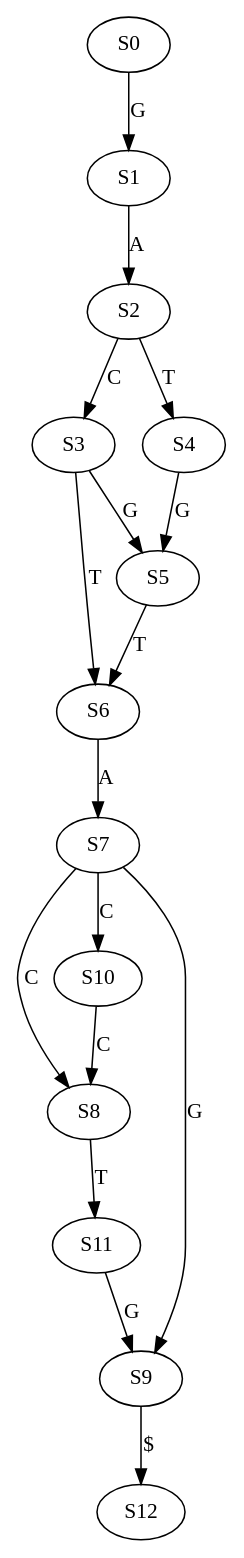
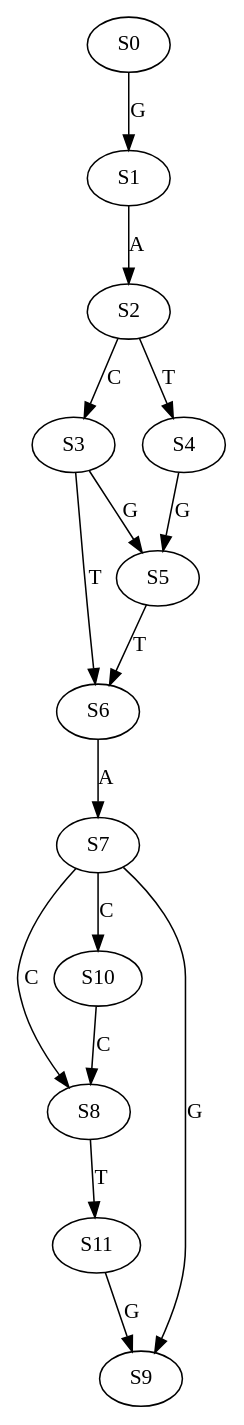
One commit to Kuanhao-Chao/Wheeler_Graph_Toolkit changed the diagram in graph/RevDetGraph/RevDet_a1.dot. Above: the diagram before and after it, drawn with Graphviz. The commit also changed 33 other files, not shown here.

Commit message:
Fix Wheeler graph missing conditions: need to check all edge pairs in both directions

```diff
--- a/graph/RevDetGraph/RevDet_a1.dot
+++ b/graph/RevDetGraph/RevDet_a1.dot
@@ -1,18 +1,17 @@
 strict digraph  {
 	S0 -> S1 [ label = G ];
 	S1 -> S2 [ label = A ];
 	S2 -> S3 [ label = C ];
 	S2 -> S4 [ label = T ];
 	S3 -> S5 [ label = G ];
 	S3 -> S6 [ label = T ];
 	S4 -> S5 [ label = G ];
 	S5 -> S6 [ label = T ];
 	S6 -> S7 [ label = A ];
 	S7 -> S8 [ label = C ];
 	S7 -> S9 [ label = G ];
 	S7 -> S10 [ label = C ];
 	S8 -> S11 [ label = T ];
-	S9 -> S12 [ label = "$" ];
 	S10 -> S8 [ label = C ];
 	S11 -> S9 [ label = G ];
 }
```
